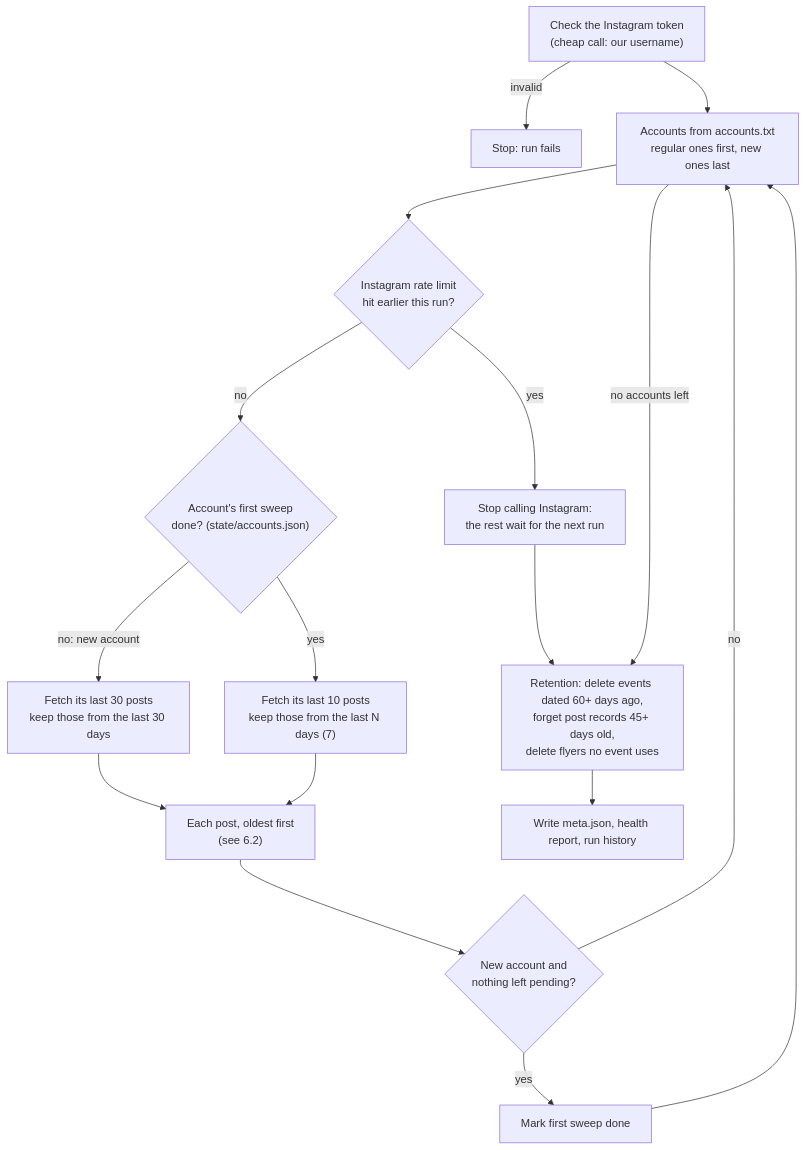
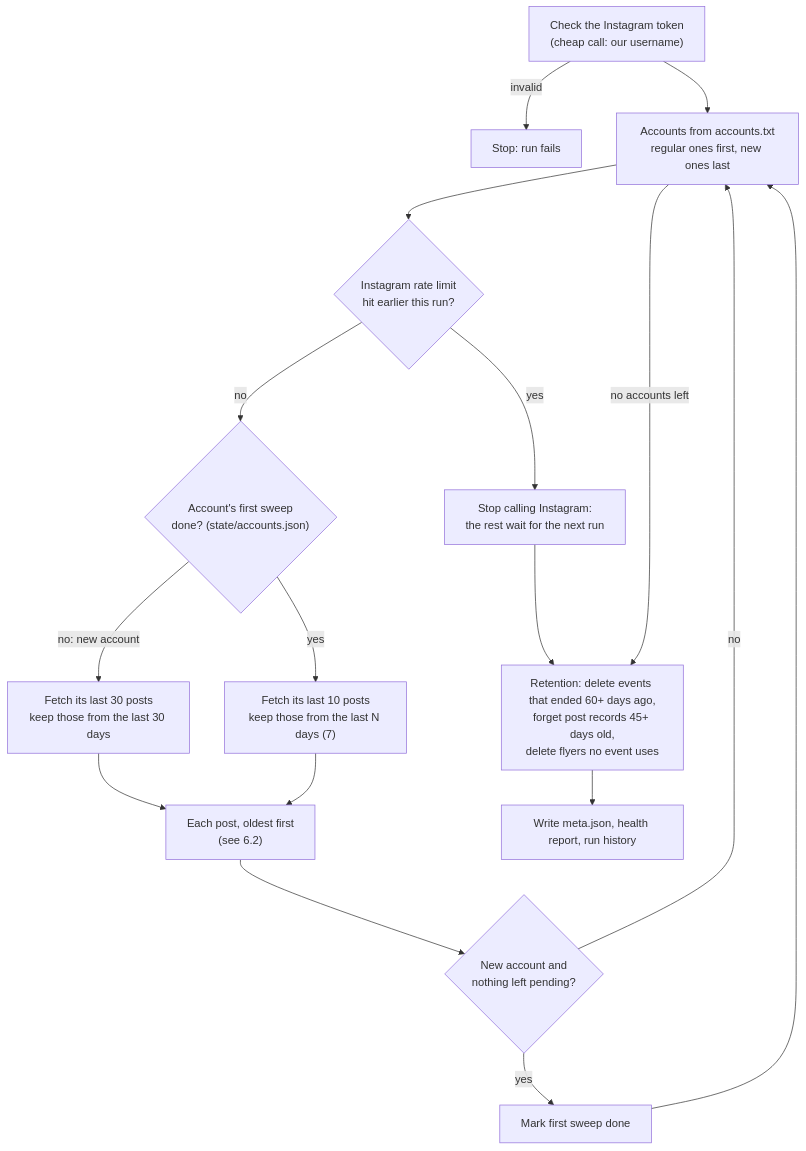
Before and after one commit to pa-bailar/backend: the third of 12 diagrams in docs/ARCHITECTURE.md, drawn with Mermaid. The commit also changed other lines of this file and 2 other files, not shown here.

Commit message:
docs: multi-day events (end_date) and "Volver a leer"

````diff
--- a/docs/ARCHITECTURE.md
+++ b/docs/ARCHITECTURE.md
@@ -379,19 +380,19 @@
 ```mermaid
 flowchart TD
     A["Check the Instagram token<br/>(cheap call: our username)"] -->|invalid| X["Stop: run fails"]
     A --> B["Accounts from accounts.txt<br/>regular ones first, new ones last"]
     B --> C{"Instagram rate limit<br/>hit earlier this run?"}
     C -->|yes| R["Stop calling Instagram:<br/>the rest wait for the next run"]
     C -->|no| D{"Account's first sweep<br/>done? (state/accounts.json)"}
     D -->|no: new account| E["Fetch its last 30 posts<br/>keep those from the last 30 days"]
     D -->|yes| F["Fetch its last 10 posts<br/>keep those from the last N days (7)"]
     E --> P["Each post, oldest first<br/>(see 6.2)"]
     F --> P
     P --> G{"New account and<br/>nothing left pending?"}
     G -->|yes| H["Mark first sweep done"]
     G -->|no| B
     H --> B
     R --> Z
-    B -->|no accounts left| Z["Retention: delete events dated 60+ days ago,<br/>forget post records 45+ days old,<br/>delete flyers no event uses"]
+    B -->|no accounts left| Z["Retention: delete events that ended 60+ days ago,<br/>forget post records 45+ days old,<br/>delete flyers no event uses"]
     Z --> M["Write meta.json, health report, run history"]
 ```
````
